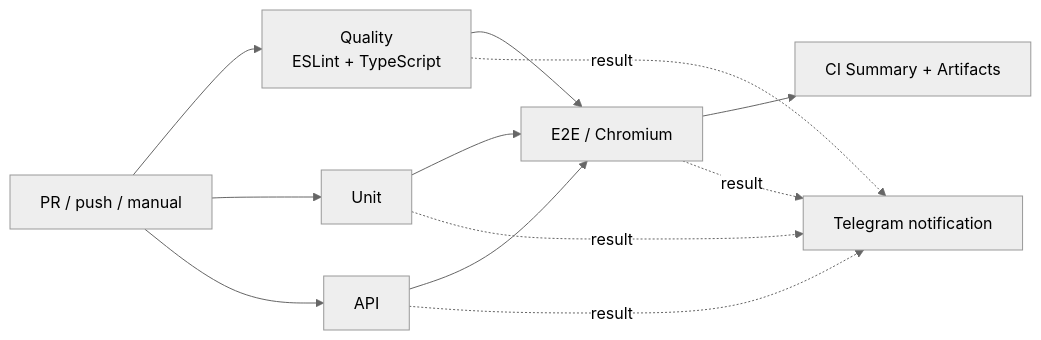
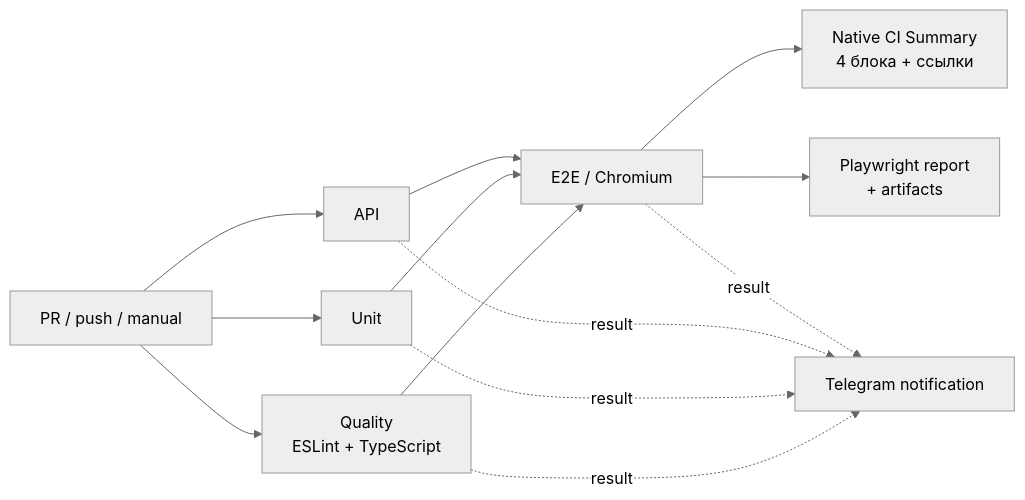
One commit to TokhirjonYuldoshev/pomidorqa-tests changed the diagram in README.md. Above: the diagram before and after it, drawn with Mermaid (neutral theme). The commit also changed other lines of this file, not shown here.

````diff
--- a/README.md
+++ b/README.md
@@ -26,17 +27,18 @@
 ```mermaid
 flowchart LR
     A[PR / push / manual] --> Q[Quality\nESLint + TypeScript]
     A --> U[Unit]
     A --> P[API]
 
     Q --> E[E2E / Chromium]
     U --> E
     P --> E
 
-    E --> S[CI Summary + Artifacts]
+    E --> S[Native CI Summary\n4 блока + ссылки]
+    E --> R[Playwright report\n+ artifacts]
 
     Q -. result .-> T[Telegram notification]
     U -. result .-> T
     P -. result .-> T
     E -. result .-> T
 ```
````
